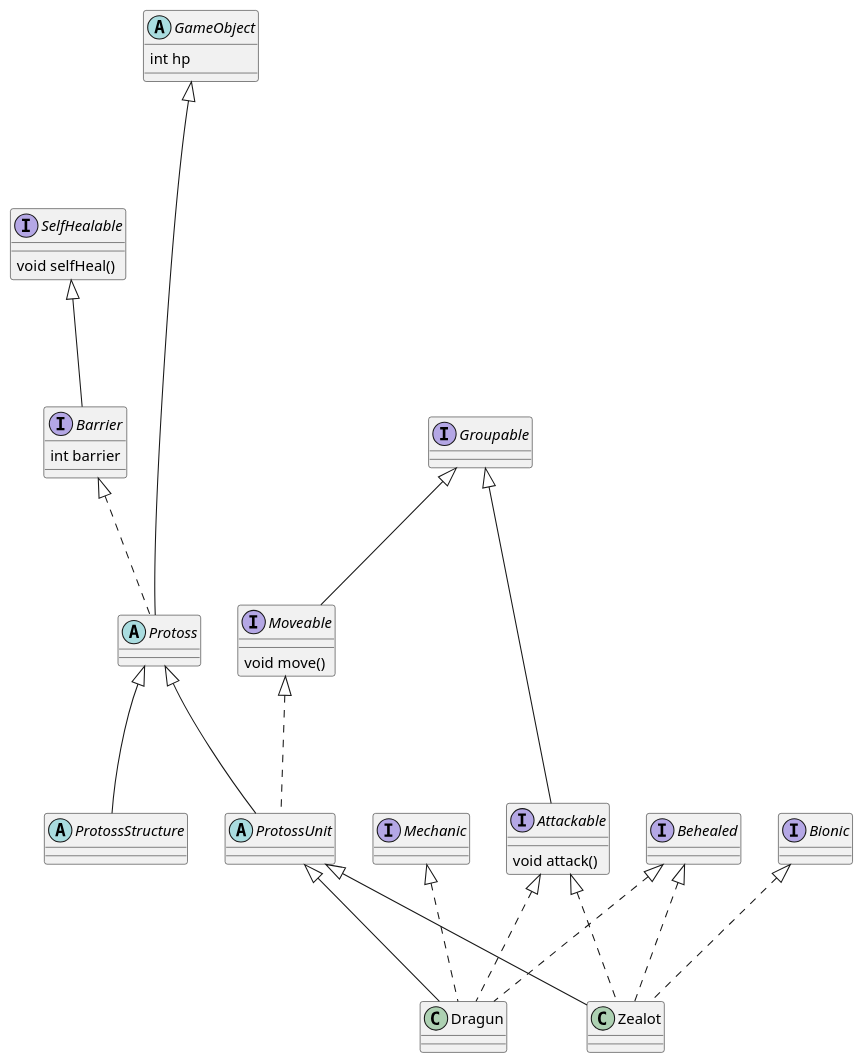
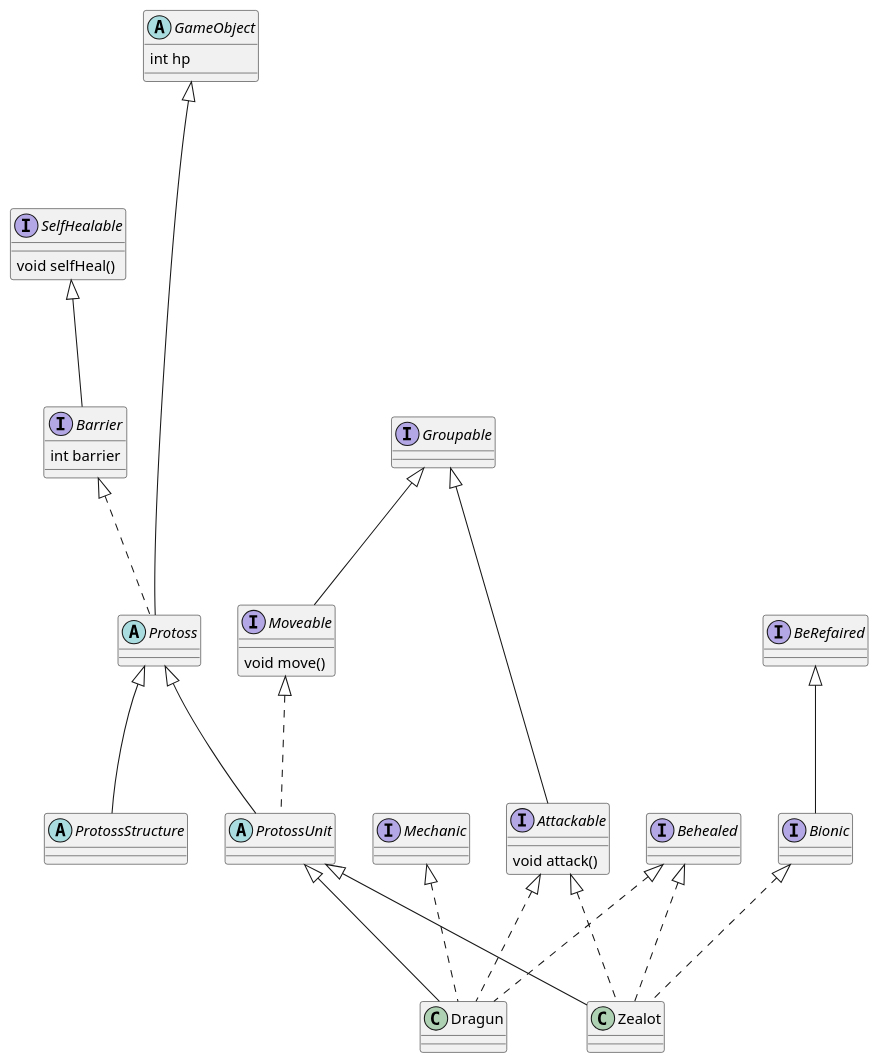
The diagram in assignment/2025-03-20/protoss.puml (okstring/modu-3-dart-study), drawn with PlantUML before and after one commit. The commit also changed 2 other files, not shown here.

Commit message:
write: UML Berefaired 수정

```diff
--- a/assignment/2025-03-20/protoss.puml
+++ b/assignment/2025-03-20/protoss.puml
@@ -1,57 +1,59 @@
 @startuml
 
 skinparam ranksep 120
 
 '게임 오브젝트
 abstract class GameObject {
     int hp
 }
 
 ' 프로토스 계층구조
 together {
 abstract class Protoss extends GameObject implements Barrier
 
 abstract class ProtossUnit extends Protoss implements Moveable
 
 abstract class ProtossStructure extends Protoss
 }
 
 
 ' 프로토스 유닛
 together {
 class Zealot extends ProtossUnit implements Behealed, Bionic, Attackable
 
 class Dragun extends ProtossUnit implements Behealed, Mechanic, Attackable
 }
 
 ' 인터페이스
 interface SelfHealable {
     void selfHeal()
 }
 
 interface Barrier implements SelfHealable {
     int barrier
 }
 
 interface Attackable implements Groupable {
     void attack()
 }
 
 interface Behealed { }
 
-interface Bionic { }
+interface Bionic implements BeRefaired { }
 
 interface Mechanic { }
+
+interface BeRefaired { }
 
 interface Moveable implements Groupable {
     void move()
 }
 
 interface Groupable { }
 
 GameObject -[hidden]-> Protoss
 GameObject -[hidden]-> SelfHealable
 Protoss -[hidden]-> ProtossUnit
 Protoss -[hidden]-> ProtossStructure
 
 @enduml
```
